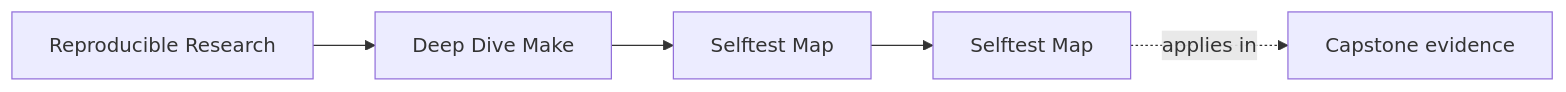
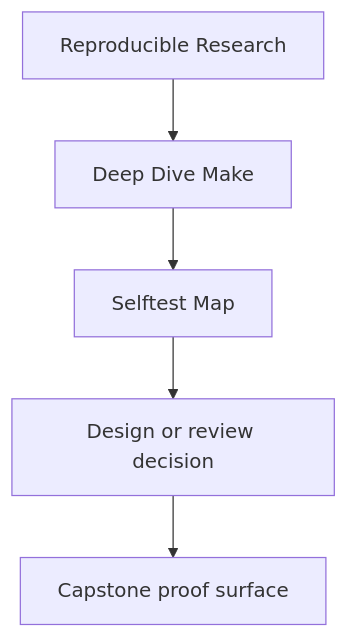
One commit to bijux/bijux-masterclass changed the first of 2 diagrams in programs/reproducible-research/deep-dive-make/course-book/reference/selftest-map.md. Above: the diagram before and after it, drawn with Mermaid. The commit also changed other lines of this file and 29 other files, not shown here.

Commit message:
docs(deep-dive-make): sharpen guide and reference diagrams

````diff
--- a/programs/reproducible-research/deep-dive-make/course-book/reference/selftest-map.md
+++ b/programs/reproducible-research/deep-dive-make/course-book/reference/selftest-map.md
@@ -9,11 +9,7 @@
 ```mermaid
-graph LR
-  family["Reproducible Research"]
-  program["Deep Dive Make"]
-  section["Selftest Map"]
-  page["Selftest Map"]
-  capstone["Capstone evidence"]
-
-  family --> program --> section --> page
-  page -.applies in.-> capstone
+flowchart TD
+  family["Reproducible Research"] --> program["Deep Dive Make"]
+  program --> reference["Selftest Map"]
+  reference --> review["Design or review decision"]
+  review --> capstone["Capstone proof surface"]
 ```
````
